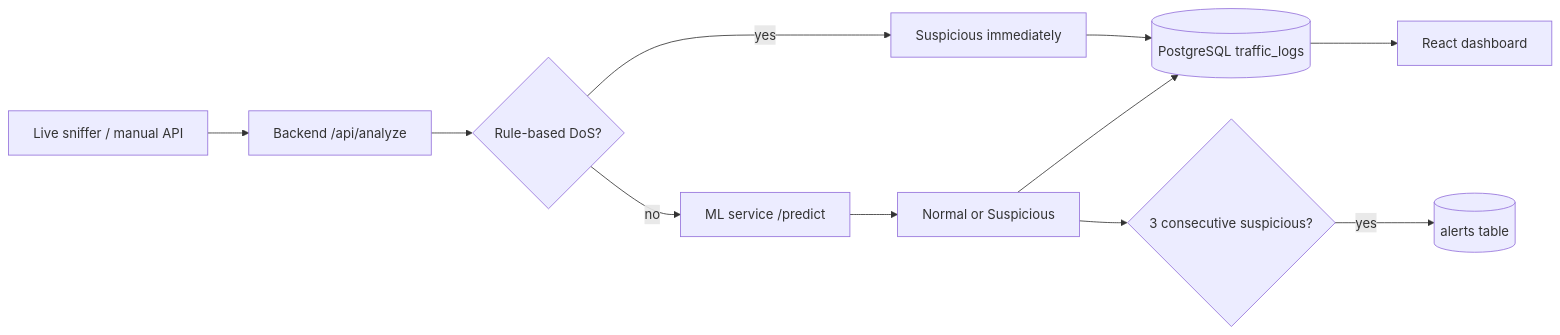
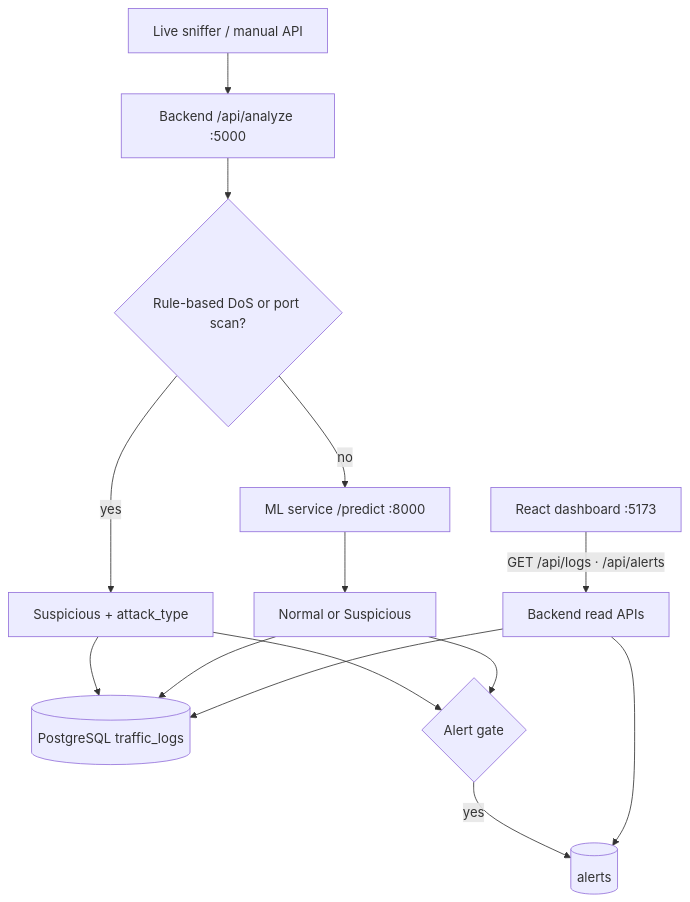
One commit to habibullahturkmen/netguard-ai changed the diagram in docs/features-v1.md. Above: the diagram before and after it, drawn with Mermaid. The commit also changed other lines of this file and 6 other files, not shown here.

Commit message:
fix - architecture slides and docs improved

````diff
--- a/docs/features-v1.md
+++ b/docs/features-v1.md
@@ -10,13 +10,16 @@
 ```mermaid
-flowchart LR
-  A[Live sniffer / manual API] --> B[Backend /api/analyze]
-  B --> C{Rule-based DoS?}
-  C -->|yes| D[Suspicious immediately]
-  C -->|no| E[ML service /predict]
+flowchart TB
+  A[Live sniffer / manual API] --> B[Backend /api/analyze :5000]
+  B --> C{Rule-based DoS or port scan?}
+  C -->|yes| D[Suspicious + attack_type]
+  C -->|no| E[ML service /predict :8000]
   E --> F[Normal or Suspicious]
   D --> G[(PostgreSQL traffic_logs)]
   F --> G
-  F --> H{3 consecutive suspicious?}
-  H -->|yes| I[(alerts table)]
-  G --> J[React dashboard]
+  D --> H{Alert gate}
+  F --> H
+  H -->|yes| I[(alerts)]
+  J[React dashboard :5173] -->|GET /api/logs · /api/alerts| K[Backend read APIs]
+  K --> G
+  K --> I
 ```
````
